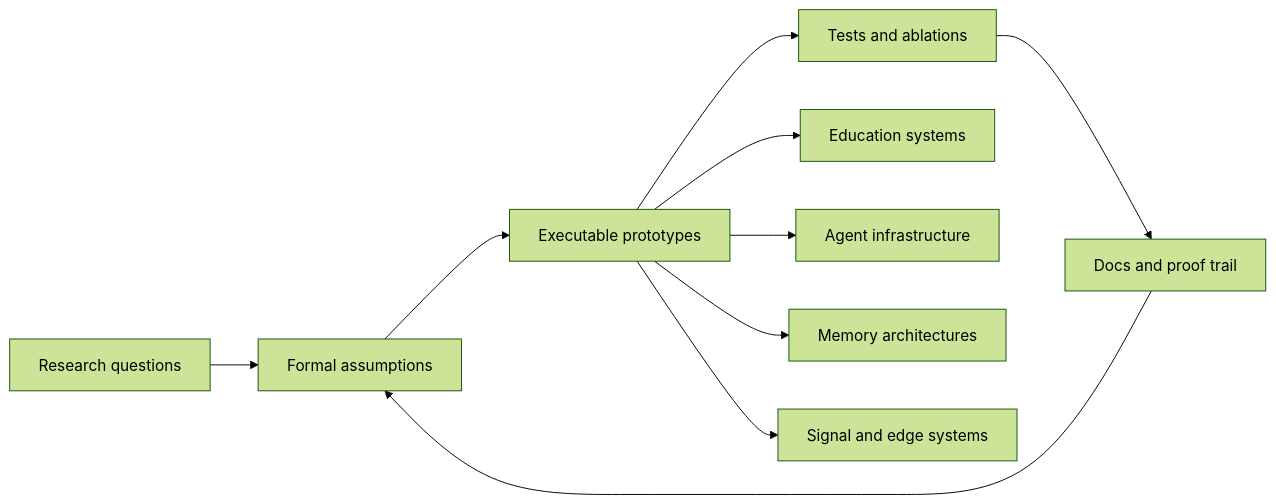
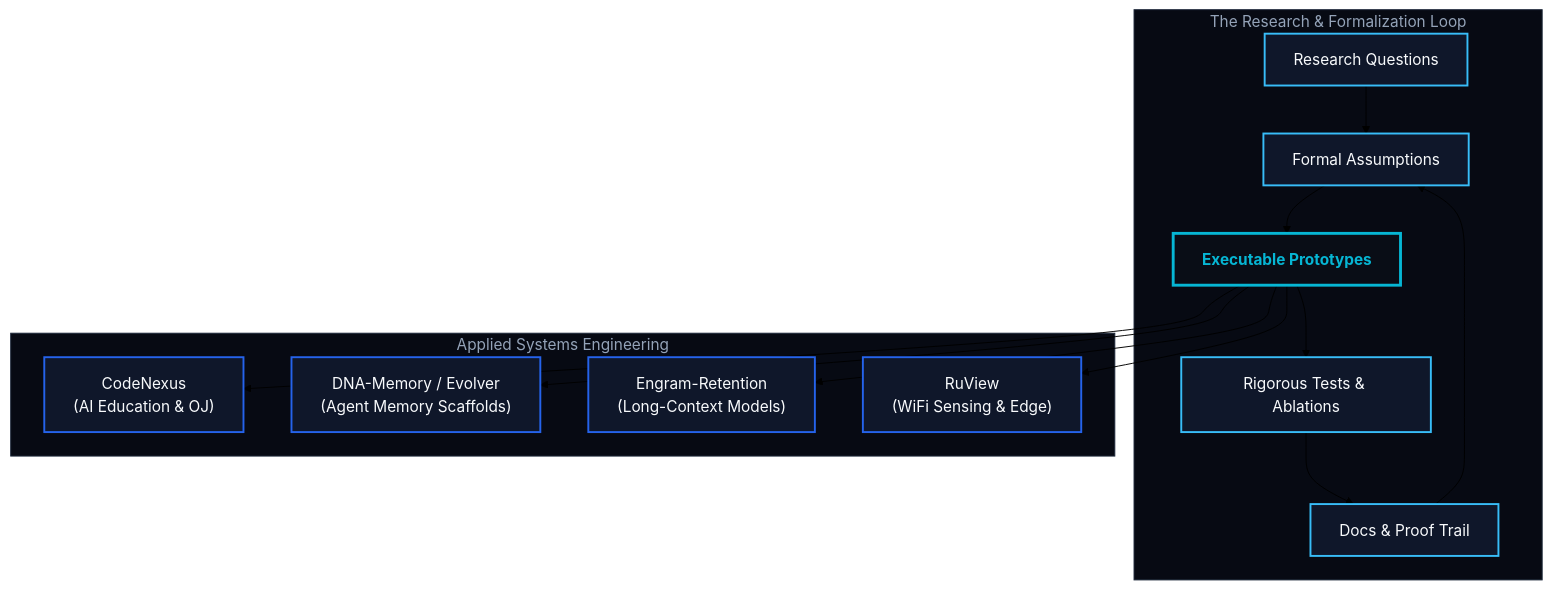
One commit to XXY-CH/XXY-CH changed the diagram in README.md. Above: the diagram before and after it, drawn with Mermaid (forest theme). The commit also changed other lines of this file, not shown here.

````diff
--- a/README.md
+++ b/README.md
@@ -62,13 +73,26 @@
 ```mermaid
-flowchart LR
-    A["Research questions"] --> B["Formal assumptions"]
-    B --> C["Executable prototypes"]
-    C --> D["Tests and ablations"]
-    D --> E["Docs and proof trail"]
-    E --> B
+graph TB
+    %% Styling Definitions
+    classDef research fill:#0f172a,stroke:#38bdf8,stroke-width:2px,color:#f8fafc;
+    classDef systems fill:#0f172a,stroke:#2563eb,stroke-width:2px,color:#f8fafc;
+    classDef core fill:#090d16,stroke:#06b6d4,stroke-width:3px,color:#06b6d4,font-weight:bold;
+    
+    subgraph Research_Loop ["The Research & Formalization Loop"]
+        A["Research Questions"]:::research --> B["Formal Assumptions"]:::research
+        B --> C["Executable Prototypes"]:::core
+        C --> D["Rigorous Tests & Ablations"]:::research
+        D --> E["Docs & Proof Trail"]:::research
+        E --> B
+    end
 
-    C --> F["Education systems"]
-    C --> G["Agent infrastructure"]
-    C --> H["Memory architectures"]
-    C --> I["Signal and edge systems"]
+    subgraph Applied_Systems ["Applied Systems Engineering"]
+        C --> F["CodeNexus <br> (AI Education & OJ)"]:::systems
+        C --> G["DNA-Memory / Evolver <br> (Agent Memory Scaffolds)"]:::systems
+        C --> H["Engram-Retention <br> (Long-Context Models)"]:::systems
+        C --> I["RuView <br> (WiFi Sensing & Edge)"]:::systems
+    end
+
+    %% Adjust layouts/spacing
+    style Research_Loop fill:#070a13,stroke:#1e293b,stroke-width:1px,color:#94a3b8
+    style Applied_Systems fill:#070a13,stroke:#1e293b,stroke-width:1px,color:#94a3b8
 ```
````
